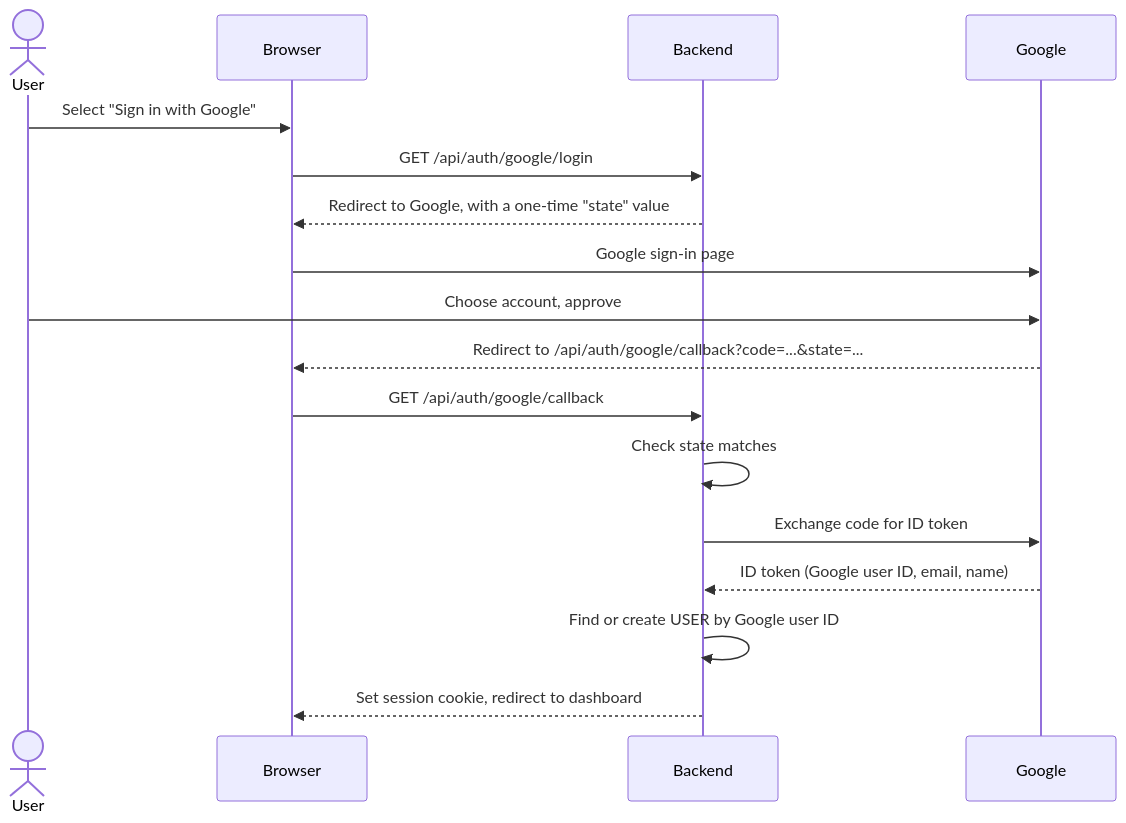
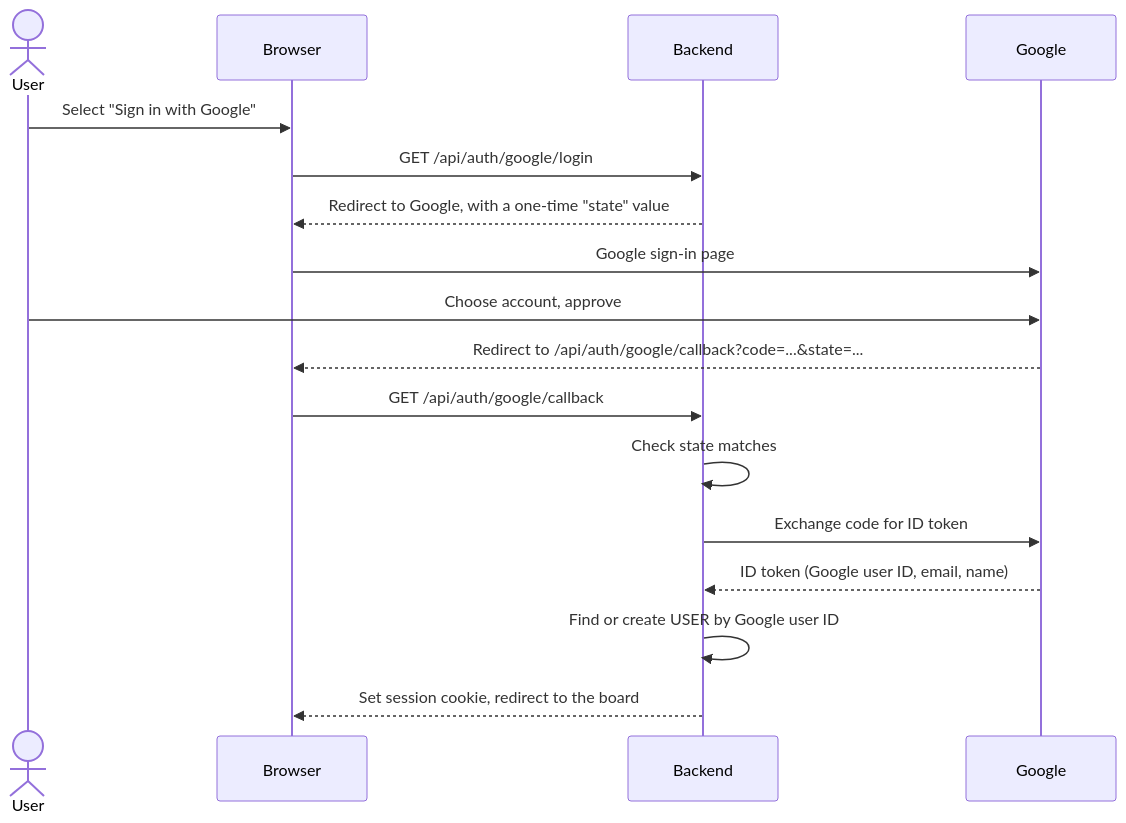
One commit to bbranton/TestProj changed the fourth of 6 diagrams in docs/canvas-portal/03-design.md. Above: the diagram before and after it, drawn with Mermaid. The commit also changed other lines of this file and 5 other files, not shown here.

````diff
--- a/docs/canvas-portal/03-design.md
+++ b/docs/canvas-portal/03-design.md
@@ -312,20 +312,20 @@
 ```mermaid
 sequenceDiagram
     actor U as User
     participant B as Browser
     participant A as Backend
     participant G as Google
 
     U->>B: Select "Sign in with Google"
     B->>A: GET /api/auth/google/login
     A-->>B: Redirect to Google, with a one-time "state" value
     B->>G: Google sign-in page
     U->>G: Choose account, approve
     G-->>B: Redirect to /api/auth/google/callback?code=...&state=...
     B->>A: GET /api/auth/google/callback
     A->>A: Check state matches
     A->>G: Exchange code for ID token
     G-->>A: ID token (Google user ID, email, name)
     A->>A: Find or create USER by Google user ID
-    A-->>B: Set session cookie, redirect to dashboard
+    A-->>B: Set session cookie, redirect to the board
 ```
````
